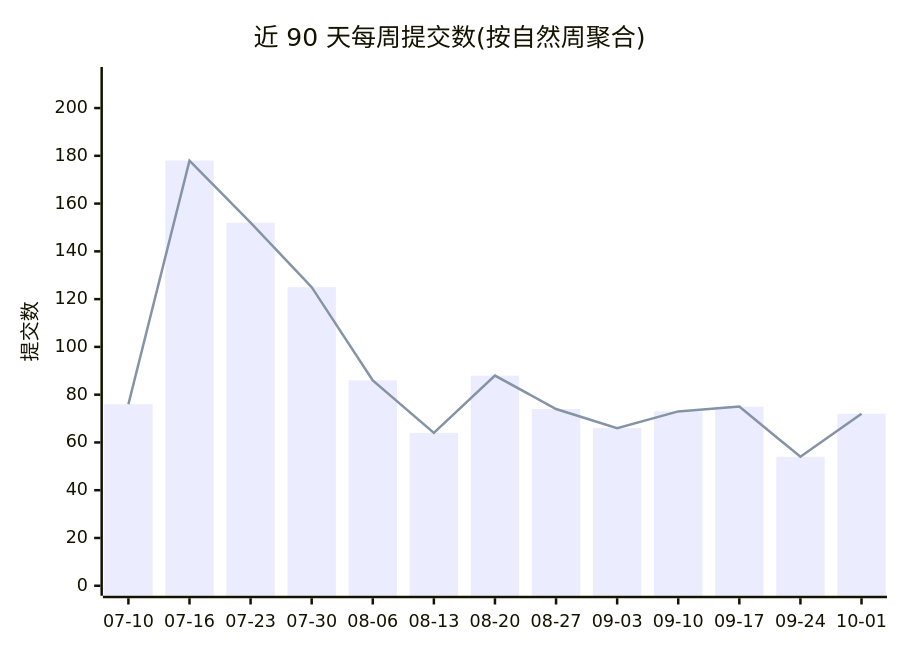
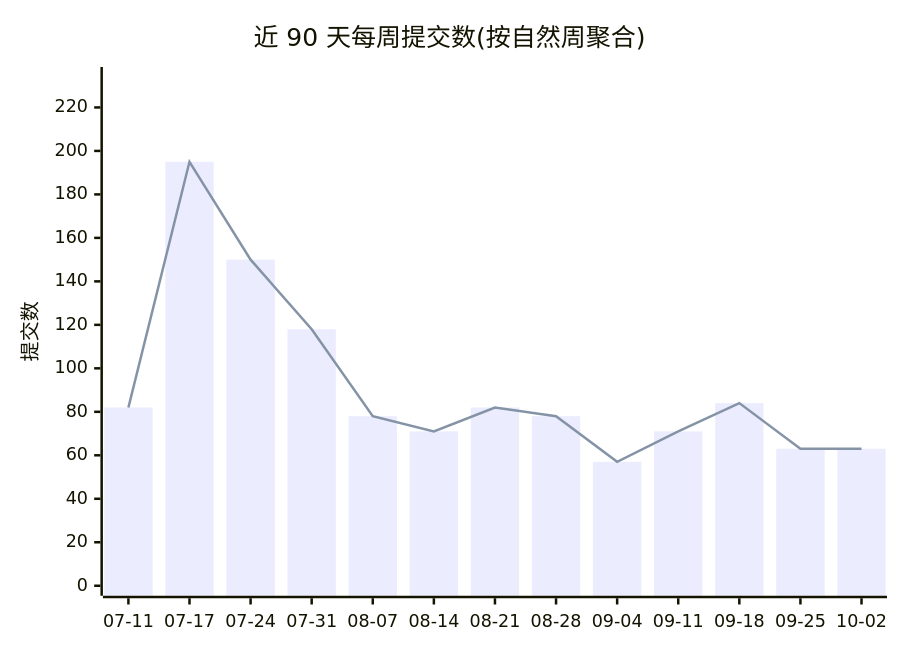
One commit to Conflux-Union/.github changed the first of 2 diagrams in profile/README.md. Above: the diagram before and after it, drawn with Mermaid. The commit also changed other lines of this file and 1 other file, not shown here.

````diff
--- a/profile/README.md
+++ b/profile/README.md
@@ -44,8 +44,8 @@
 ```mermaid
 xychart-beta
     title "近 90 天每周提交数(按自然周聚合)"
-    x-axis ["07-10", "07-16", "07-23", "07-30", "08-06", "08-13", "08-20", "08-27", "09-03", "09-10", "09-17", "09-24", "10-01"]
-    y-axis "提交数" 0 --> 213
-    bar [76, 178, 152, 125, 86, 64, 88, 74, 66, 73, 75, 54, 72]
-    line [76, 178, 152, 125, 86, 64, 88, 74, 66, 73, 75, 54, 72]
+    x-axis ["07-11", "07-17", "07-24", "07-31", "08-07", "08-14", "08-21", "08-28", "09-04", "09-11", "09-18", "09-25", "10-02"]
+    y-axis "提交数" 0 --> 234
+    bar [82, 195, 150, 118, 78, 71, 82, 78, 57, 71, 84, 63, 63]
+    line [82, 195, 150, 118, 78, 71, 82, 78, 57, 71, 84, 63, 63]
 ```
````
